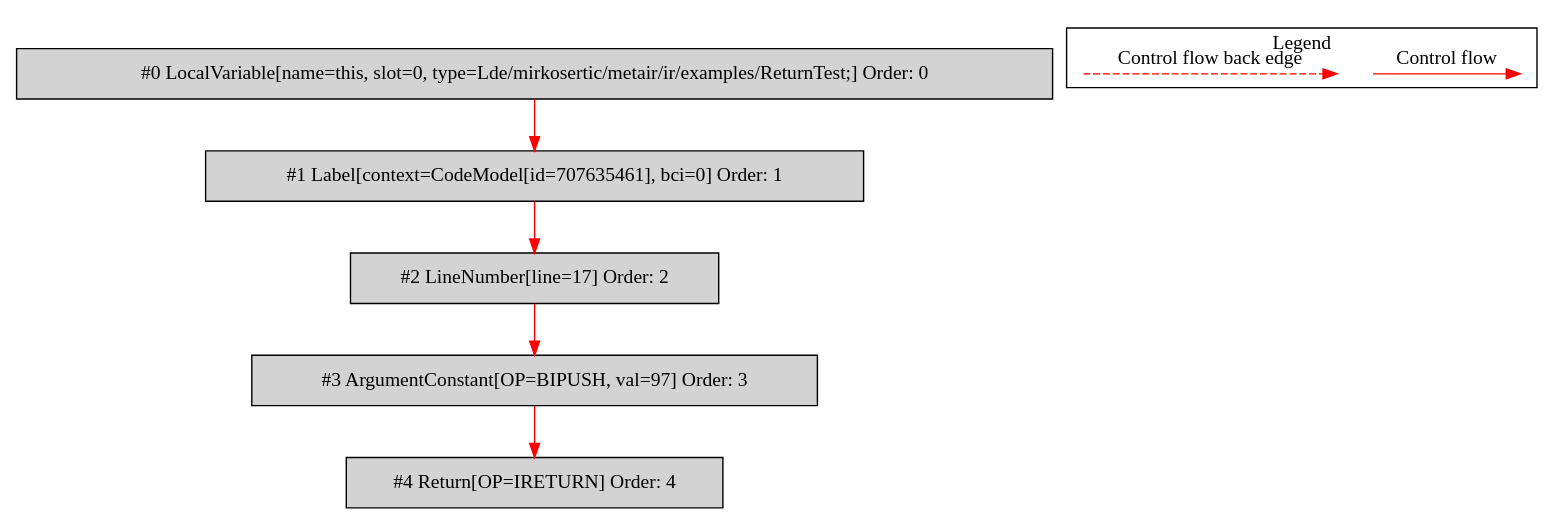
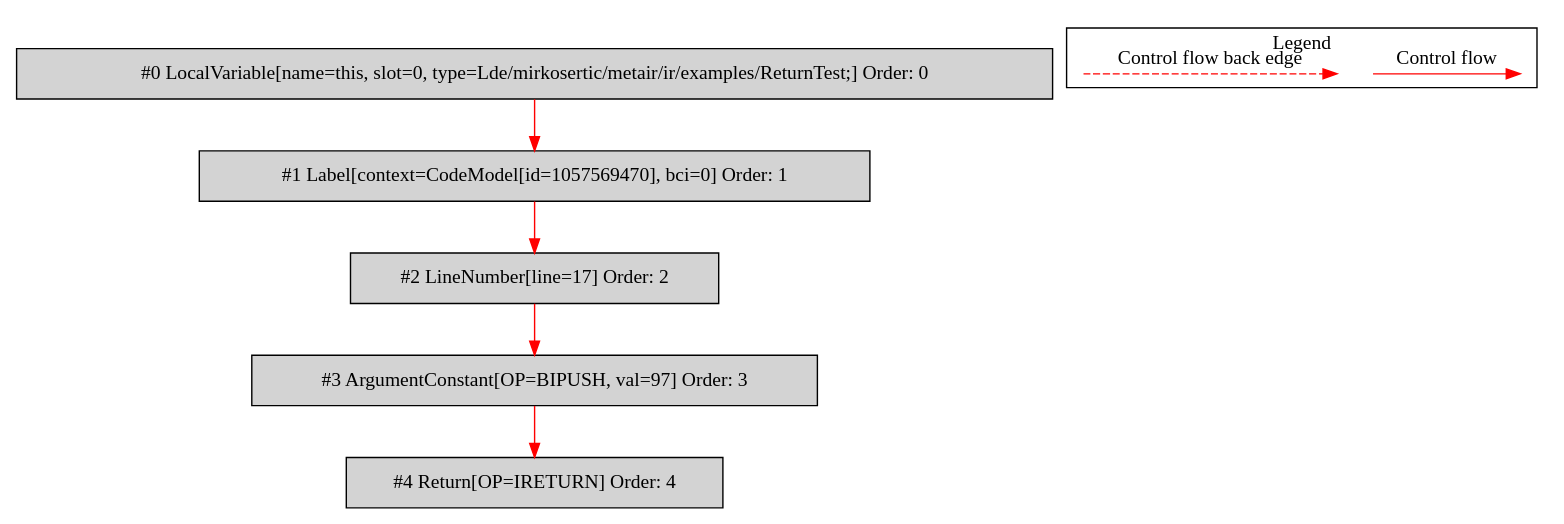
The diagram in de.mirkosertic.metair.ir.examples.ReturnTest/returnChar/bytecodecfg.dot (mirkosertic/MetaIR), drawn with Graphviz before and after one commit. The commit also changed 27 other files, not shown here.

```diff
--- a/de.mirkosertic.metair.ir.examples.ReturnTest/returnChar/bytecodecfg.dot
+++ b/de.mirkosertic.metair.ir.examples.ReturnTest/returnChar/bytecodecfg.dot
@@ -1,25 +1,25 @@
 digraph {
  node0[label="#0 LocalVariable[name=this, slot=0, type=Lde/mirkosertic/metair/ir/examples/ReturnTest;] Order: 0", shape=box, fillcolor=lightgrey, style=filled];
- node1[label="#1 Label[context=CodeModel[id=707635461], bci=0] Order: 1", shape=box, fillcolor=lightgrey, style=filled];
+ node1[label="#1 Label[context=CodeModel[id=1057569470], bci=0] Order: 1", shape=box, fillcolor=lightgrey, style=filled];
  node2[label="#2 LineNumber[line=17] Order: 2", shape=box, fillcolor=lightgrey, style=filled];
  node3[label="#3 ArgumentConstant[OP=BIPUSH, val=97] Order: 3", shape=box, fillcolor=lightgrey, style=filled];
  node4[label="#4 Return[OP=IRETURN] Order: 4", shape=box, fillcolor=lightgrey, style=filled];
  node0 -> node1[color=red];
  node1 -> node2[color=red];
  node2 -> node3[color=red];
  node3 -> node4[color=red];
  subgraph cluster_000 {
   label = "Legend";
   node [shape=point]
   {
    rank=same;
    c0 [style = invis];
    c1 [style = invis];
    c2 [style = invis];
    c3 [style = invis];
   }
   c0 -> c1 [label="Control flow", style=solid, color=red]
   c2 -> c3 [label="Control flow back edge", style=dashed, color=red]
  }
 
 }
```
